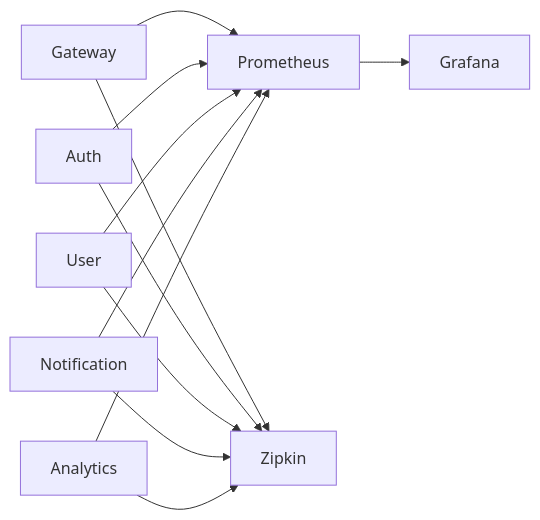
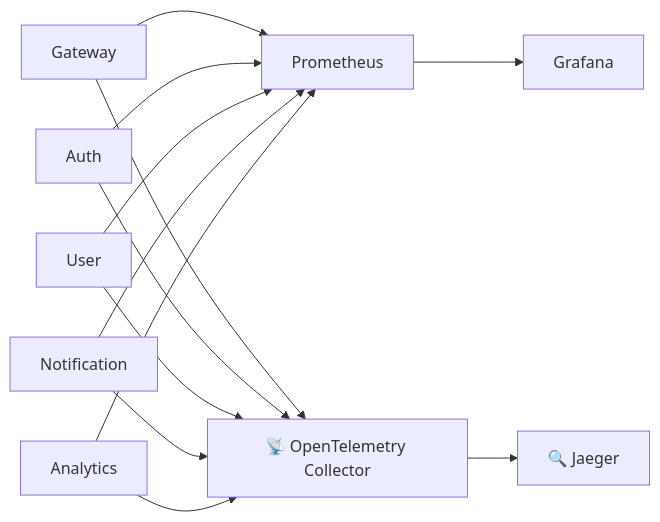
The tenth of 11 diagrams in docs/architecture/README.md (yashwan7/cloud-native-api-gateway), drawn with Mermaid before and after one commit. The commit also changed other lines of this file and 2 other files, not shown here.

````diff
--- a/docs/architecture/README.md
+++ b/docs/architecture/README.md
@@ -293,15 +262,16 @@
 ```mermaid
 flowchart LR
     Gateway --> Prometheus
     Auth --> Prometheus
     User --> Prometheus
     Notification --> Prometheus
     Analytics --> Prometheus
     Prometheus --> Grafana
 
-    Gateway --> Zipkin
-    Auth --> Zipkin
-    User --> Zipkin
-    Notification --> Zipkin
-    Analytics --> Zipkin
+    Gateway --> OtelCollector["📡 OpenTelemetry Collector"]
+    Auth --> OtelCollector
+    User --> OtelCollector
+    Notification --> OtelCollector
+    Analytics --> OtelCollector
+    OtelCollector --> Jaeger["🔍 Jaeger"]
 ```
````
